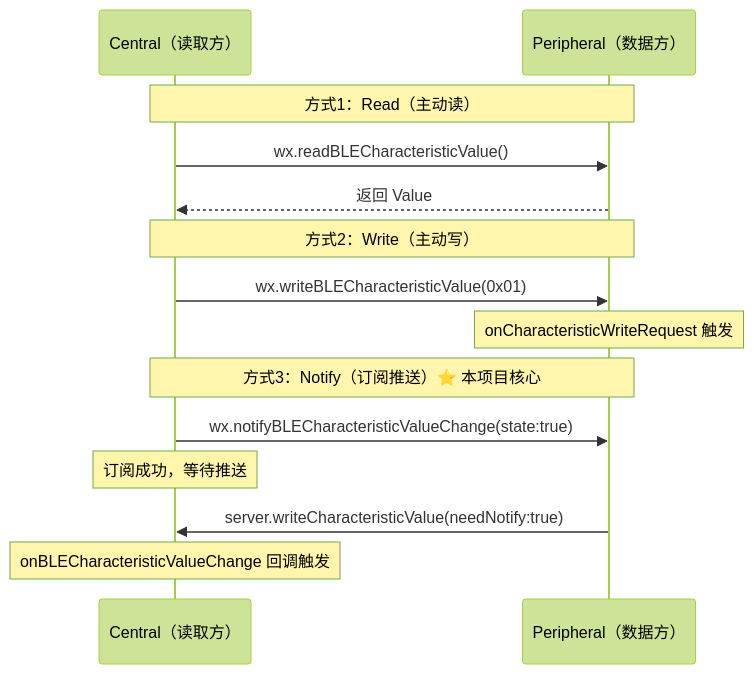
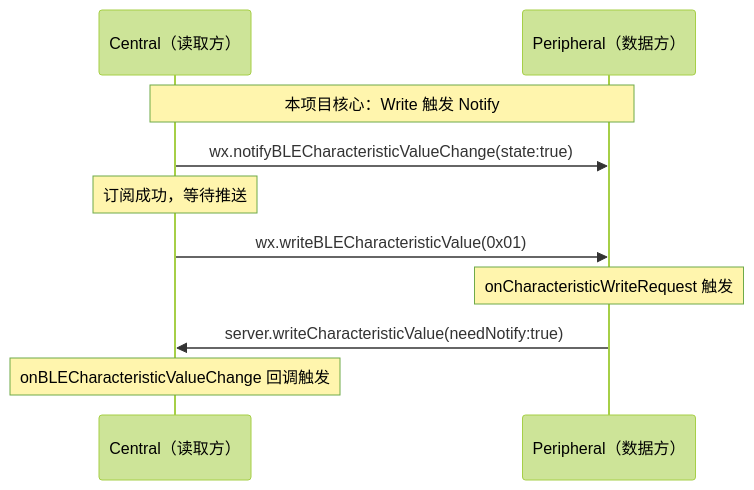
The fourth of 14 diagrams in docs/2026下/蓝牙通信.md (novlan1/notes), drawn with Mermaid (forest theme) before and after one commit. The commit also changed other lines of this file and 2 other files, not shown here.

````diff
--- a/docs/2026下/蓝牙通信.md
+++ b/docs/2026下/蓝牙通信.md
@@ -94,19 +93,13 @@
 ```mermaid
 sequenceDiagram
     participant C as Central（读取方）
     participant P as Peripheral（数据方）
 
-    Note over C,P: 方式1：Read（主动读）
-    C->>P: wx.readBLECharacteristicValue()
-    P-->>C: 返回 Value
-
-    Note over C,P: 方式2：Write（主动写）
+    Note over C,P: 本项目核心：Write 触发 Notify
+    C->>P: wx.notifyBLECharacteristicValueChange(state:true)
+    Note over C: 订阅成功，等待推送
     C->>P: wx.writeBLECharacteristicValue(0x01)
     Note over P: onCharacteristicWriteRequest 触发
-
-    Note over C,P: 方式3：Notify（订阅推送）⭐ 本项目核心
-    C->>P: wx.notifyBLECharacteristicValueChange(state:true)
-    Note over C: 订阅成功，等待推送
     P->>C: server.writeCharacteristicValue(needNotify:true)
     Note over C: onBLECharacteristicValueChange 回调触发
 ```
````
